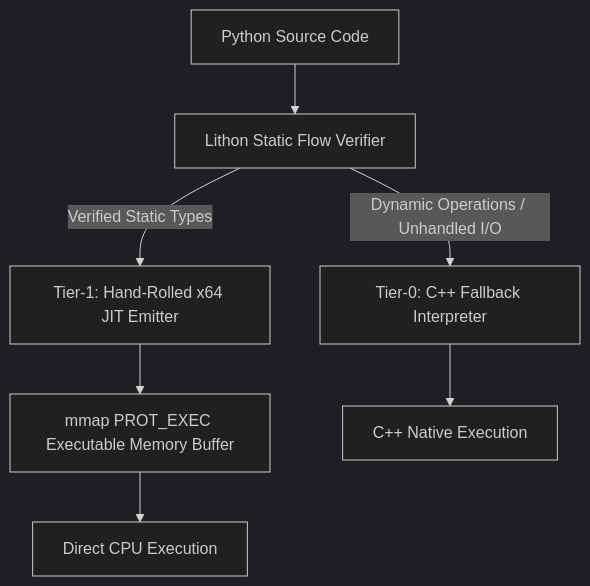
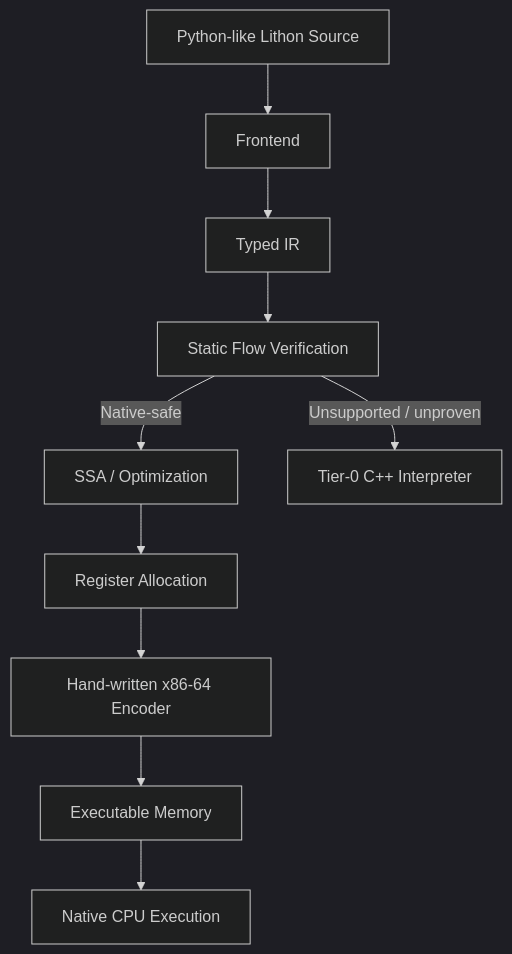
One commit to Project-Lithon/Lithon changed the diagram in README.md. Above: the diagram before and after it, drawn with Mermaid (dark theme). The commit also changed other lines of this file and 1 other file, not shown here.

````diff
--- a/README.md
+++ b/README.md
@@ -120,9 +284,14 @@
 ```mermaid
 graph TD
-    A[Python Source Code] --> B[Lithon Static Flow Verifier]
-    B -->|Verified Static Types| C[Tier-1: Hand-Rolled x64 JIT Emitter]
-    B -->|Dynamic Operations / Unhandled I/O| D[Tier-0: C++ Fallback Interpreter]
-    C --> E[mmap PROT_EXEC Executable Memory Buffer]
-    E --> F[Direct CPU Execution]
-    D --> G[C++ Native Execution]
+    A[Python-like Lithon Source] --> B[Frontend]
+    B --> C[Typed IR]
+    C --> D[Static Flow Verification]
+
+    D -->|Native-safe| E[SSA / Optimization]
+    E --> F[Register Allocation]
+    F --> G[Hand-written x86-64 Encoder]
+    G --> H[Executable Memory]
+    H --> I[Native CPU Execution]
+
+    D -->|Unsupported / unproven| J[Tier-0 C++ Interpreter]
 ```
````
